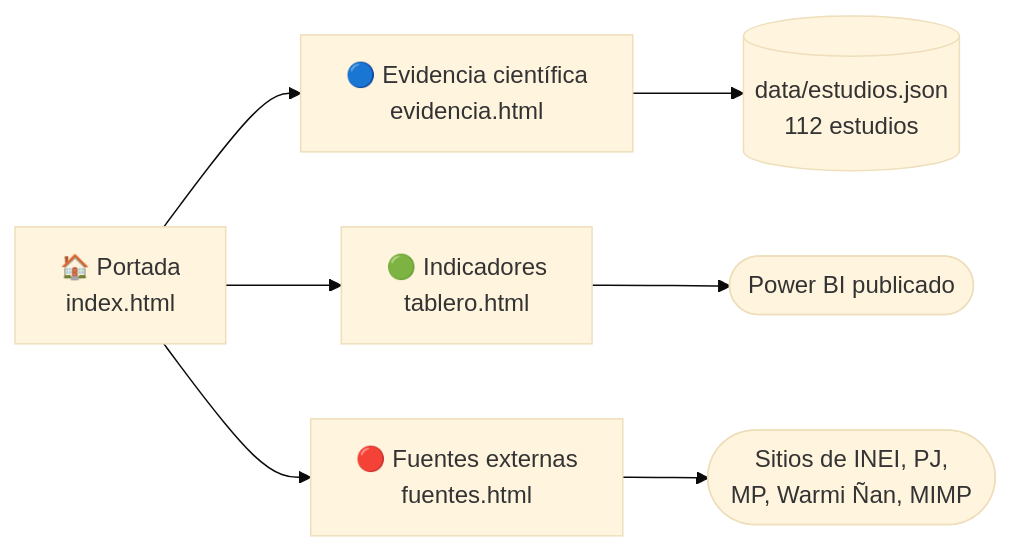
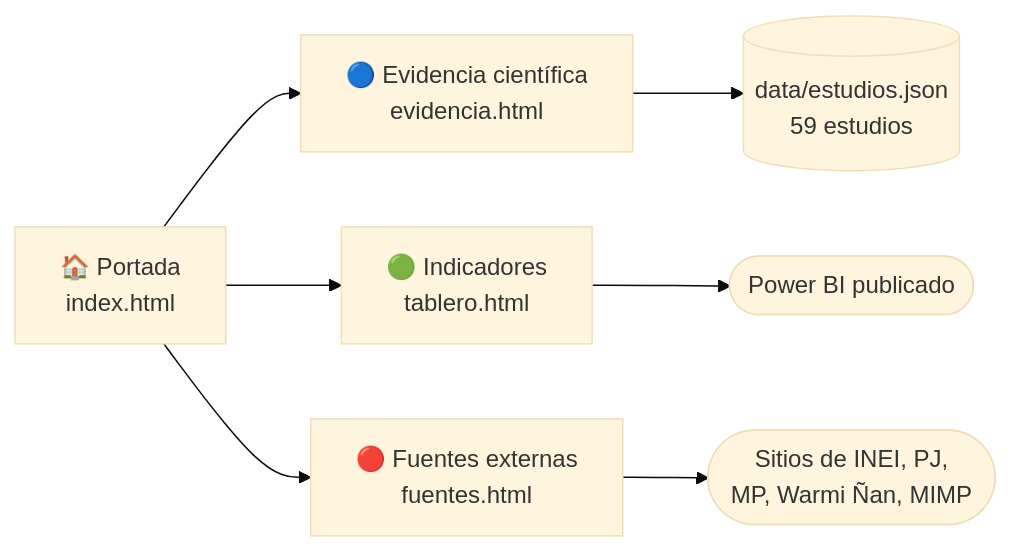
The first of 3 diagrams in README.md (aotero1703/mapa-evidencias-mimp), drawn with Mermaid (base theme) before and after one commit. The commit also changed other lines of this file and 7 other files, not shown here.

````diff
--- a/README.md
+++ b/README.md
@@ -50,9 +50,9 @@
 ```mermaid
 flowchart LR
     P["🏠 Portada<br/>index.html"] --> E["🔵 Evidencia científica<br/>evidencia.html"]
     P --> T["🟢 Indicadores<br/>tablero.html"]
     P --> F["🔴 Fuentes externas<br/>fuentes.html"]
-    E --> D[("data/estudios.json<br/>112 estudios")]
+    E --> D[("data/estudios.json<br/>59 estudios")]
     T --> PB(["Power BI publicado"])
     F --> X(["Sitios de INEI, PJ,<br/>MP, Warmi Ñan, MIMP"])
 ```
````
